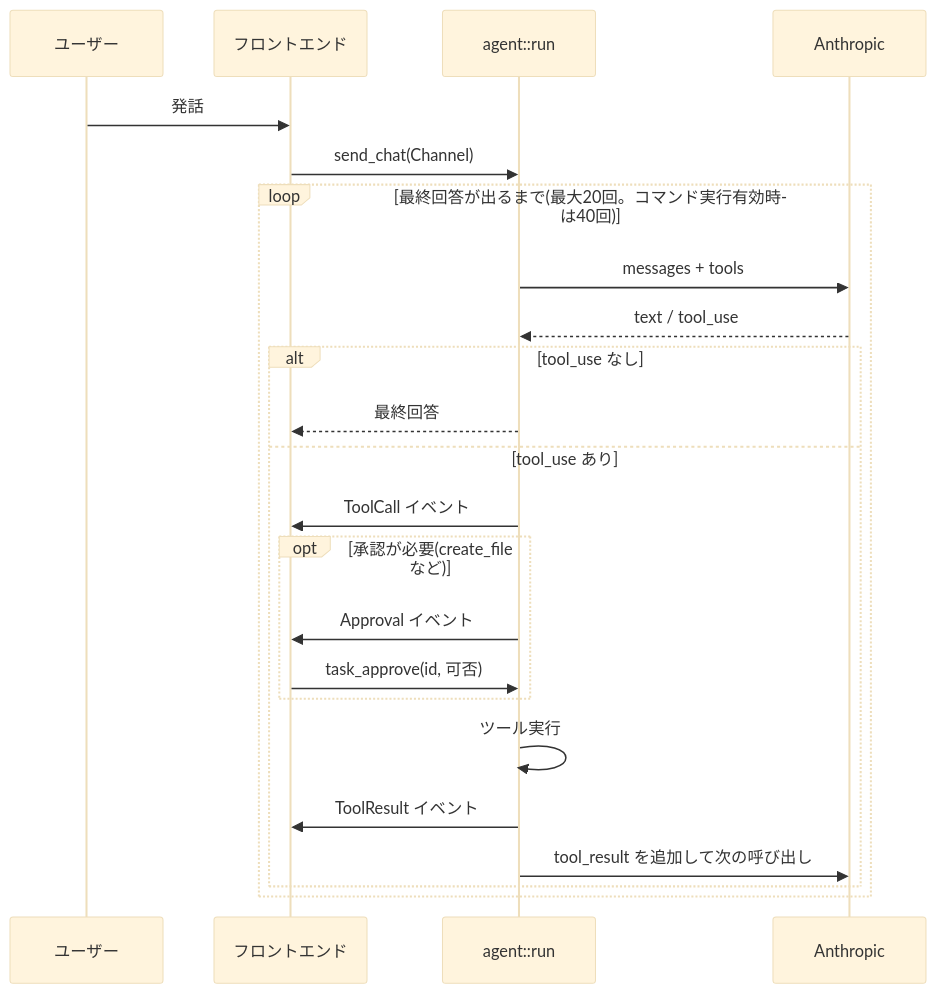
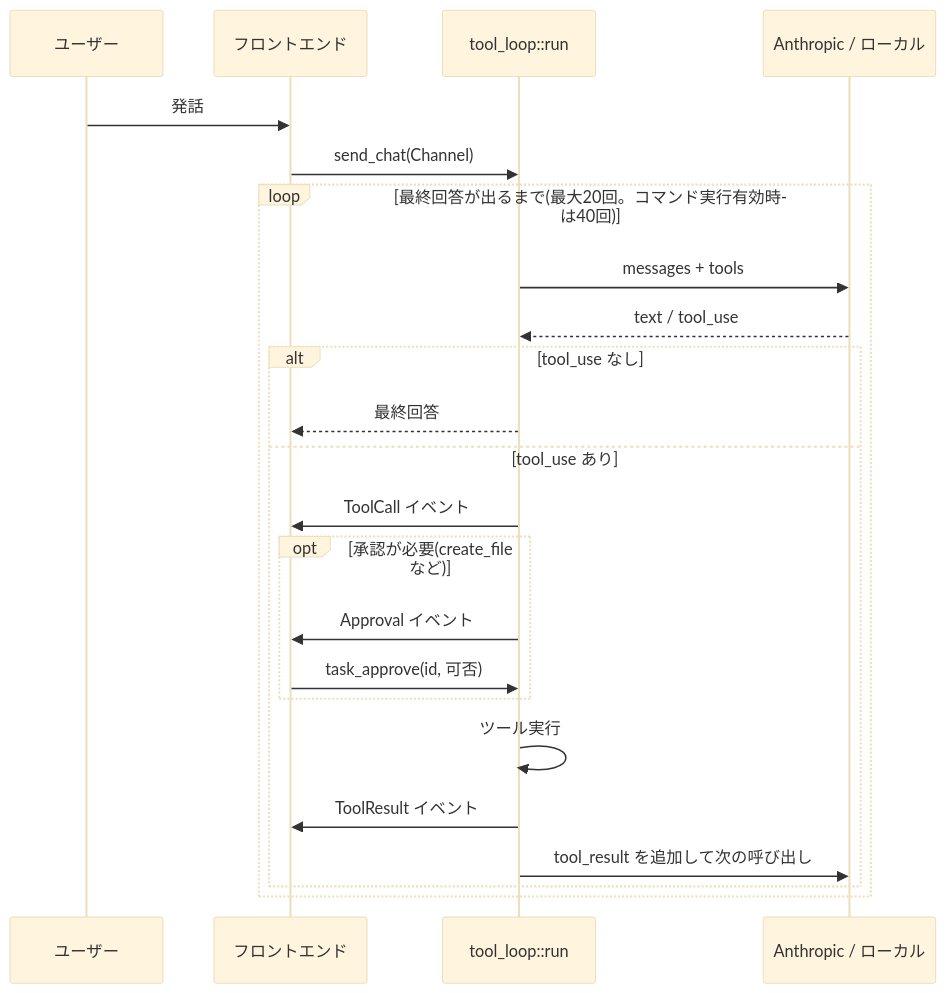
One commit to long-in/MyAssistant changed the diagram in docs/agent-file-tools.md. Above: the diagram before and after it, drawn with Mermaid (base theme). The commit also changed other lines of this file and 25 other files, not shown here.

````diff
--- a/docs/agent-file-tools.md
+++ b/docs/agent-file-tools.md
@@ -20,25 +20,25 @@
 ```mermaid
 sequenceDiagram
   participant U as ユーザー
   participant FE as フロントエンド
-  participant L as agent::run
-  participant LLM as Anthropic
+  participant L as tool_loop::run
+  participant LLM as Anthropic / ローカル
   U->>FE: 発話
   FE->>L: send_chat(Channel)
   loop 最終回答が出るまで(最大20回。コマンド実行有効時は40回)
     L->>LLM: messages + tools
     LLM-->>L: text / tool_use
     alt tool_use なし
       L-->>FE: 最終回答
     else tool_use あり
       L->>FE: ToolCall イベント
       opt 承認が必要(create_file など)
         L->>FE: Approval イベント
         FE->>L: task_approve(id, 可否)
       end
       L->>L: ツール実行
       L->>FE: ToolResult イベント
       L->>LLM: tool_result を追加して次の呼び出し
     end
   end
 ```
````
